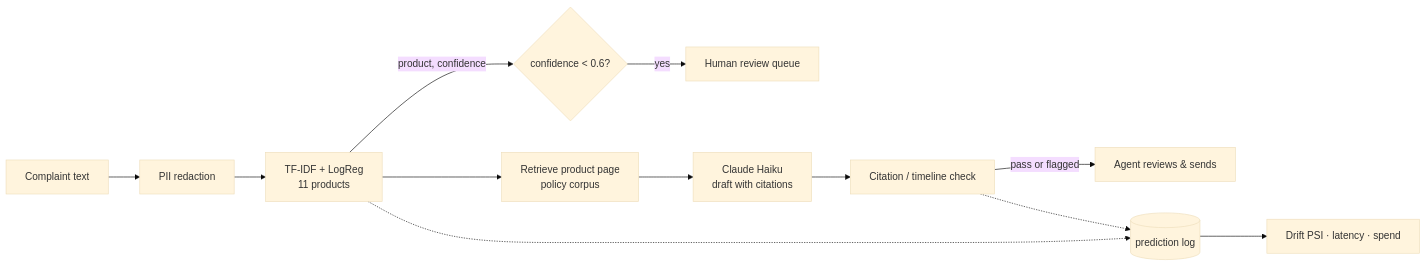
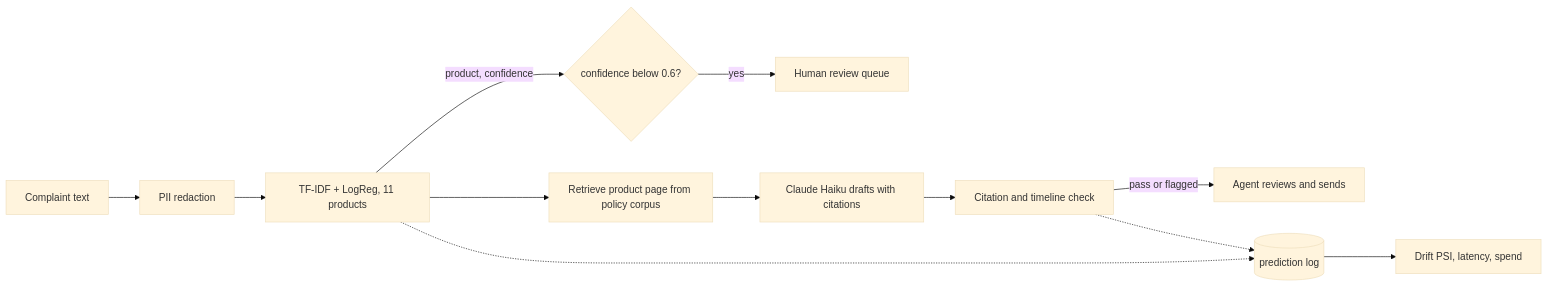
Before and after one commit to liatmarc/complaint-triage: the diagram in README.md, drawn with Mermaid (base theme).

Commit message:
Fix Mermaid diagram labels

````diff
--- a/README.md
+++ b/README.md
@@ -20,14 +20,14 @@
 ```mermaid
 flowchart LR
-    U[Complaint text] --> R[PII redaction]
-    R --> C[TF-IDF + LogReg<br/>11 products]
-    C -->|product, confidence| G{confidence < 0.6?}
-    G -->|yes| H[Human review queue]
-    C --> K[Retrieve product page<br/>policy corpus]
-    K --> L[Claude Haiku<br/>draft with citations]
-    L --> V[Citation / timeline check]
-    V -->|pass or flagged| A[Agent reviews & sends]
-    C -.-> M[(prediction log)]
+    U["Complaint text"] --> R["PII redaction"]
+    R --> C["TF-IDF + LogReg, 11 products"]
+    C -->|"product, confidence"| G{"confidence below 0.6?"}
+    G -->|yes| H["Human review queue"]
+    C --> K["Retrieve product page from policy corpus"]
+    K --> L["Claude Haiku drafts with citations"]
+    L --> V["Citation and timeline check"]
+    V -->|"pass or flagged"| A["Agent reviews and sends"]
+    C -.-> M[("prediction log")]
     V -.-> M
-    M --> D[Drift PSI · latency · spend]
+    M --> D["Drift PSI, latency, spend"]
 ```
````
